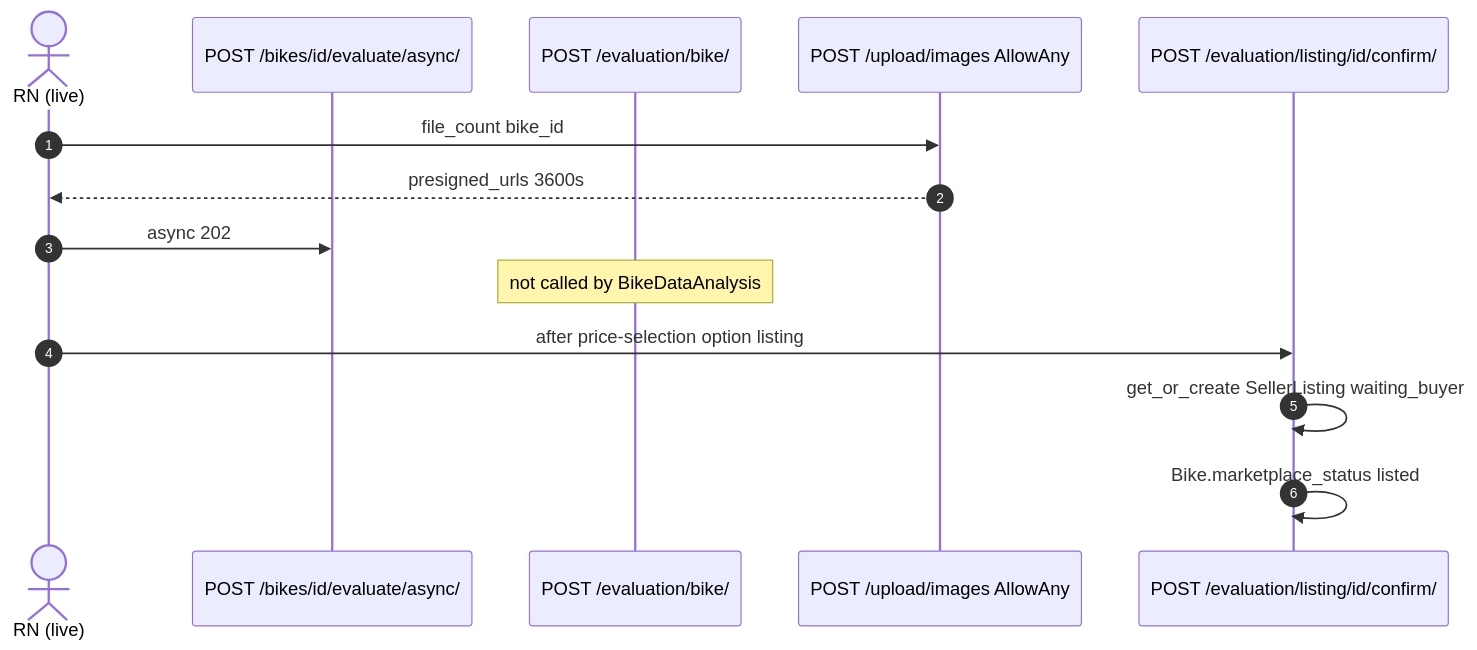
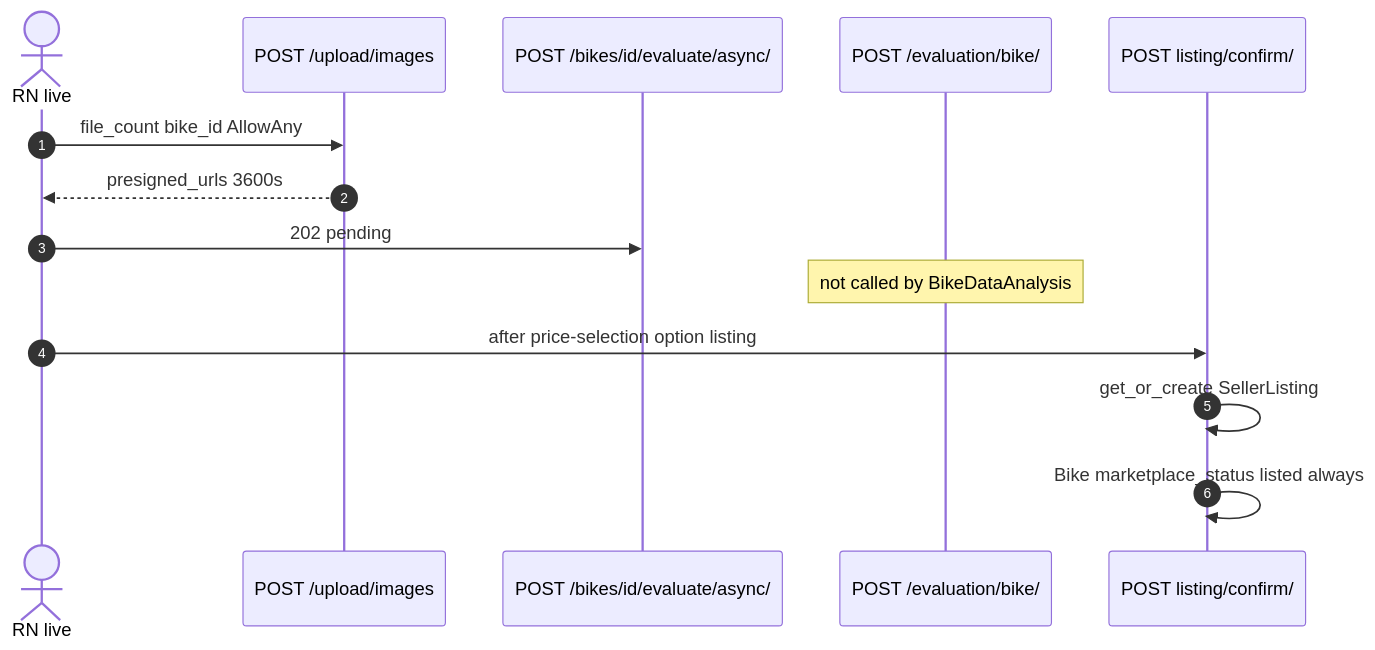
The diagram in systems/mobile-evaluation-upload.mdx (HarryNguyenTimoto/timoto_space), drawn with Mermaid before and after one commit. The commit also changed other lines of this file and 4 other files, not shown here.

````diff
--- a/systems/mobile-evaluation-upload.mdx
+++ b/systems/mobile-evaluation-upload.mdx
@@ -24,17 +24,17 @@
 ```mermaid
 sequenceDiagram
   autonumber
-  actor Rider as RN (live)
+  actor Rider as RN live
+  participant S3 as POST /upload/images
   participant Bikes as POST /bikes/id/evaluate/async/
   participant Legacy as POST /evaluation/bike/
-  participant S3 as POST /upload/images AllowAny
-  participant List as POST /evaluation/listing/id/confirm/
+  participant List as POST listing/confirm/
 
-  Rider->>S3: file_count bike_id
+  Rider->>S3: file_count bike_id AllowAny
   S3-->>Rider: presigned_urls 3600s
-  Rider->>Bikes: async 202
+  Rider->>Bikes: 202 pending
   Note over Legacy: not called by BikeDataAnalysis
   Rider->>List: after price-selection option listing
-  List->>List: get_or_create SellerListing waiting_buyer
-  List->>List: Bike.marketplace_status listed
+  List->>List: get_or_create SellerListing
+  List->>List: Bike marketplace_status listed always
 ```
````
